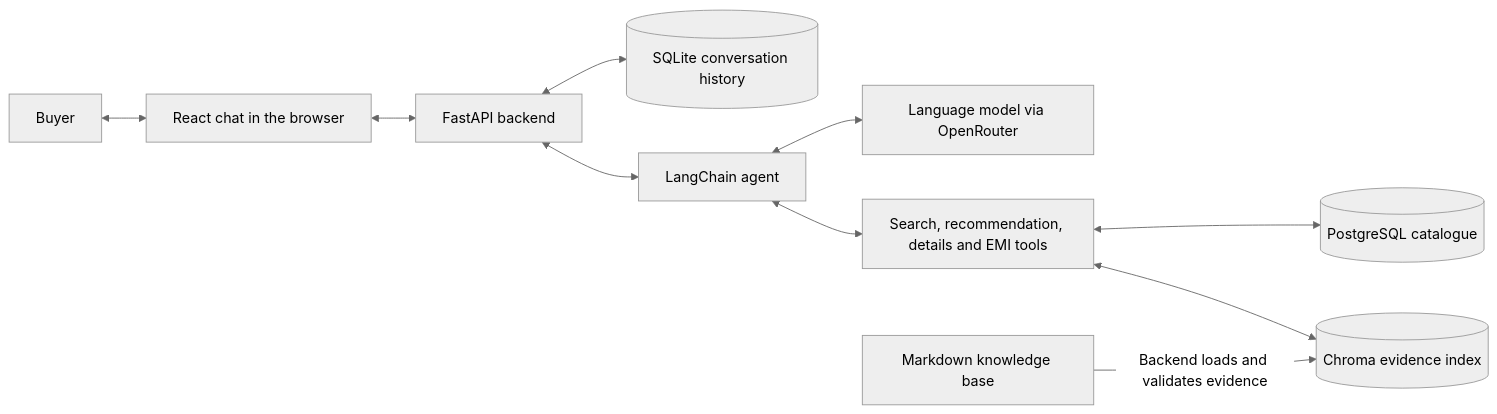
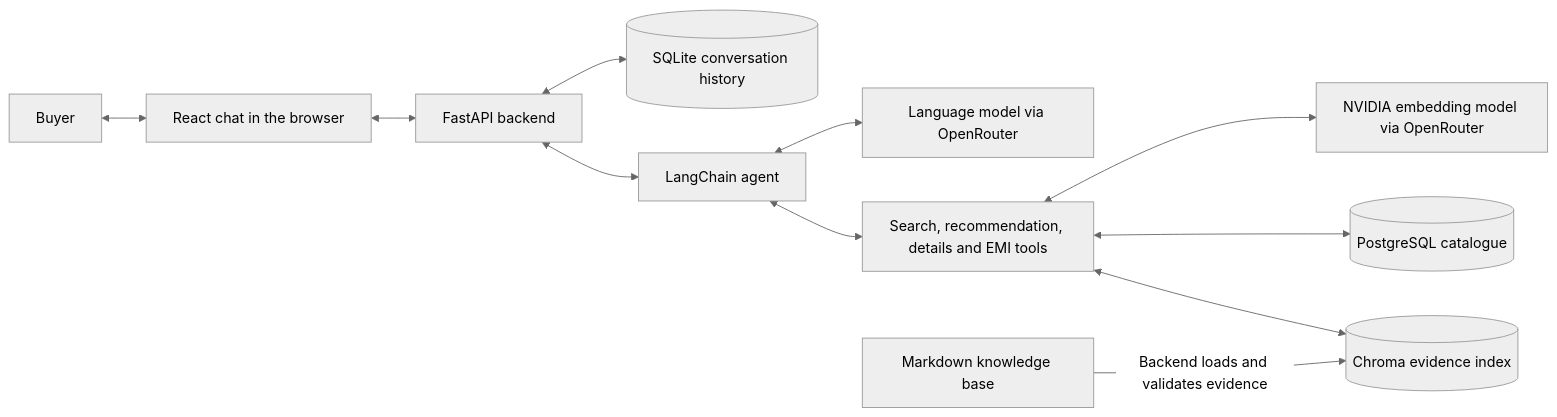
Before and after one commit to JeffreyGian-code/Aurion-Agentic-Sales_Assistant: the first of 3 diagrams in docs/system-architecture-and-rag.md, drawn with Mermaid (neutral theme). The commit also changed other lines of this file and 17 other files, not shown here.

Commit message:
added embedding model from openrouter

````diff
--- a/docs/system-architecture-and-rag.md
+++ b/docs/system-architecture-and-rag.md
@@ -7,12 +7,13 @@
 ```mermaid
 flowchart LR
     Buyer["Buyer"] <--> Web["React chat in the browser"]
     Web <--> API["FastAPI backend"]
     API <--> History[("SQLite conversation history")]
     API <--> Agent["LangChain agent"]
     Agent <--> Model["Language model via OpenRouter"]
     Agent <--> Tools["Search, recommendation, details and EMI tools"]
+    Tools <--> Embeddings["NVIDIA embedding model via OpenRouter"]
     Tools <--> PG[("PostgreSQL catalogue")]
     Tools <--> Chroma[("Chroma evidence index")]
     Markdown["Markdown knowledge base"] -->|"Backend loads and validates evidence"| Chroma
 ```
````
